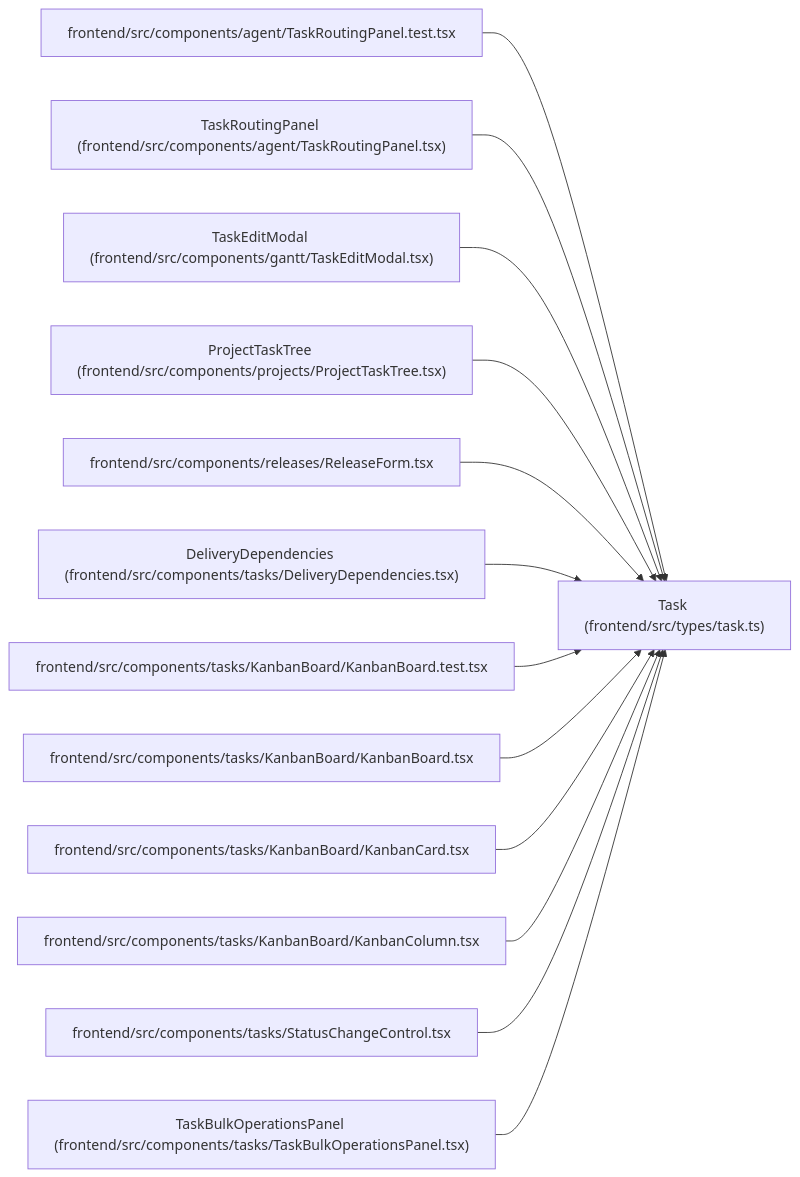
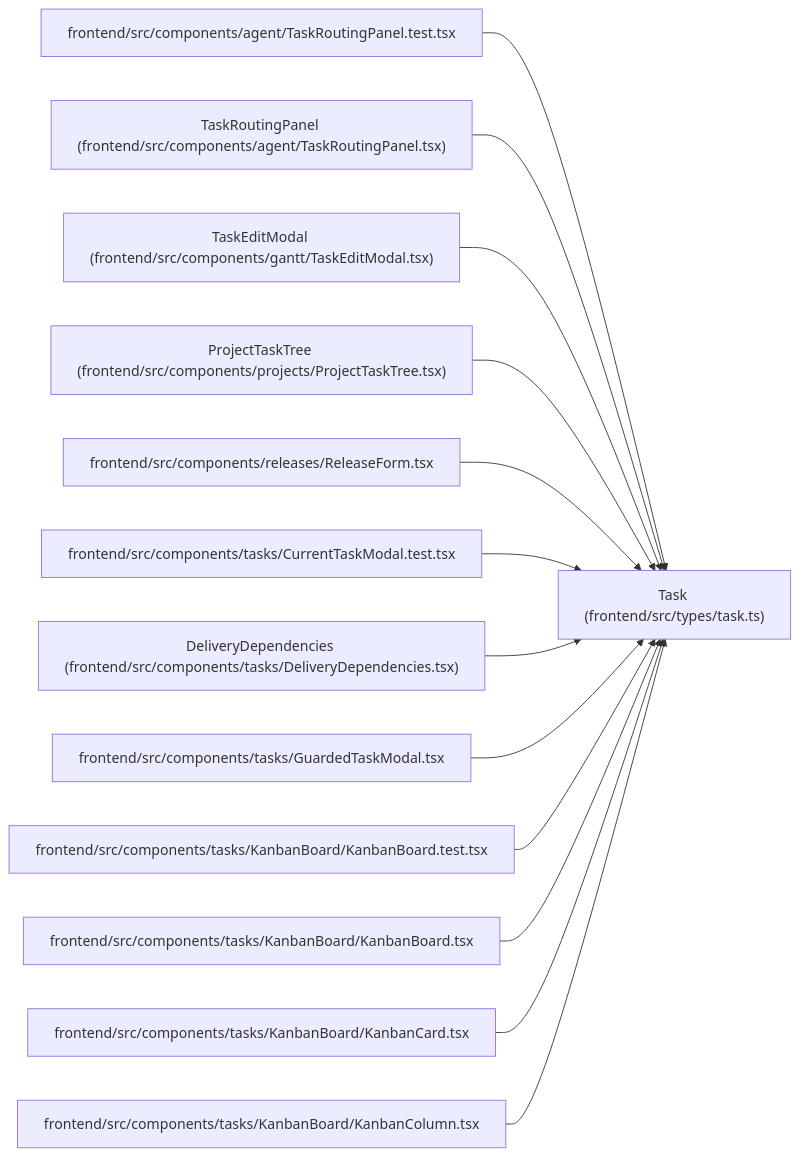
One commit to Denissvgn/WorkChord changed the diagram in docs/llm_wiki/entities/types_task_Task.md. Above: the diagram before and after it, drawn with Mermaid. The commit also changed other lines of this file and 10148 other files, not shown here.

````diff
--- a/docs/llm_wiki/entities/types_task_Task.md
+++ b/docs/llm_wiki/entities/types_task_Task.md
@@ -98,41 +98,41 @@
 ```mermaid
 flowchart LR
     n0["Task (frontend/src/types/task.ts)"]
     n1["frontend/src/components/agent/TaskRoutingPanel.test.tsx"]
     n2["TaskRoutingPanel (frontend/src/components/agent/TaskRoutingPanel.tsx)"]
     n3["TaskEditModal (frontend/src/components/gantt/TaskEditModal.tsx)"]
     n4["ProjectTaskTree (frontend/src/components/projects/ProjectTaskTree.tsx)"]
     n5["frontend/src/components/releases/ReleaseForm.tsx"]
-    n6["DeliveryDependencies (frontend/src/components/tasks/DeliveryDependencies.tsx)"]
-    n7["frontend/src/components/tasks/KanbanBoard/KanbanBoard.test.tsx"]
-    n8["frontend/src/components/tasks/KanbanBoard/KanbanBoard.tsx"]
-    n9["frontend/src/components/tasks/KanbanBoard/KanbanCard.tsx"]
-    n10["frontend/src/components/tasks/KanbanBoard/KanbanColumn.tsx"]
-    n11["frontend/src/components/tasks/StatusChangeControl.tsx"]
-    n12["TaskBulkOperationsPanel (frontend/src/components/tasks/TaskBulkOperationsPanel.tsx)"]
+    n6["frontend/src/components/tasks/CurrentTaskModal.test.tsx"]
+    n7["DeliveryDependencies (frontend/src/components/tasks/DeliveryDependencies.tsx)"]
+    n8["frontend/src/components/tasks/GuardedTaskModal.tsx"]
+    n9["frontend/src/components/tasks/KanbanBoard/KanbanBoard.test.tsx"]
+    n10["frontend/src/components/tasks/KanbanBoard/KanbanBoard.tsx"]
+    n11["frontend/src/components/tasks/KanbanBoard/KanbanCard.tsx"]
+    n12["frontend/src/components/tasks/KanbanBoard/KanbanColumn.tsx"]
     n1 --> n0
     n2 --> n0
     n3 --> n0
     n4 --> n0
     n5 --> n0
     n6 --> n0
     n7 --> n0
     n8 --> n0
     n9 --> n0
     n10 --> n0
     n11 --> n0
     n12 --> n0
     click n0 "../modules/types_task.md"
     click n1 "../modules/TaskRoutingPanel.test.md"
     click n2 "../modules/TaskRoutingPanel.md"
     click n3 "../modules/TaskEditModal.md"
     click n4 "../modules/ProjectTaskTree.md"
     click n5 "../modules/ReleaseForm.md"
-    click n6 "../modules/DeliveryDependencies.md"
-    click n7 "../modules/KanbanBoard.test.md"
-    click n8 "../modules/KanbanBoard.md"
-    click n9 "../modules/KanbanCard.md"
-    click n10 "../modules/KanbanColumn.md"
-    click n11 "../modules/StatusChangeControl.md"
-    click n12 "../modules/TaskBulkOperationsPanel.md"
+    click n6 "../modules/CurrentTaskModal.test.md"
+    click n7 "../modules/DeliveryDependencies.md"
+    click n8 "../modules/GuardedTaskModal.md"
+    click n9 "../modules/KanbanBoard.test.md"
+    click n10 "../modules/KanbanBoard.md"
+    click n11 "../modules/KanbanCard.md"
+    click n12 "../modules/KanbanColumn.md"
 ```
````
